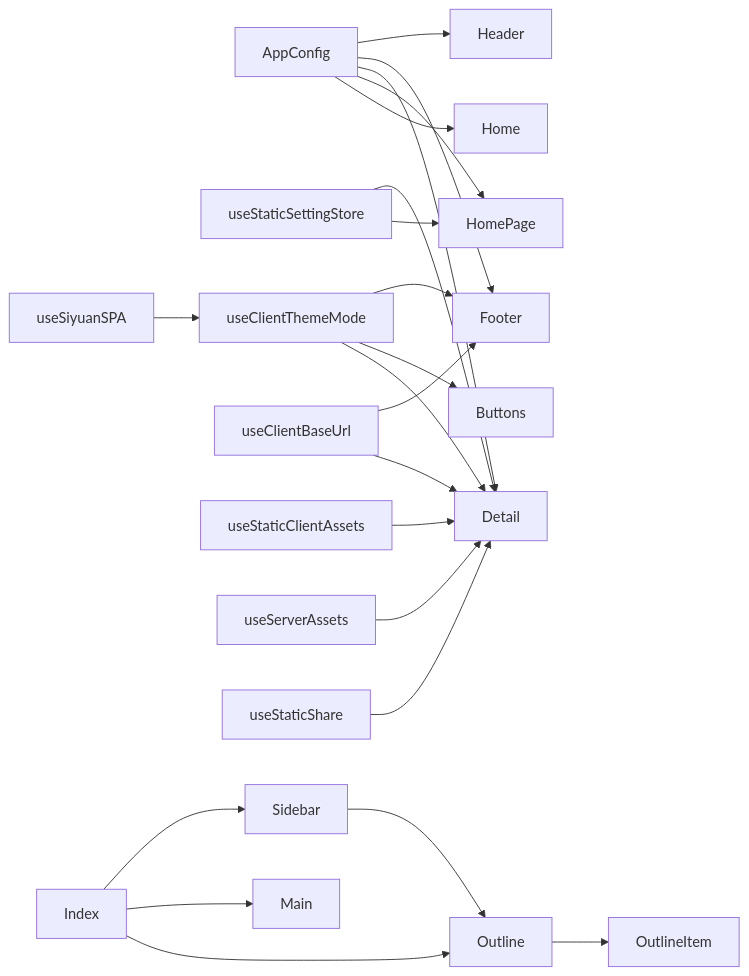
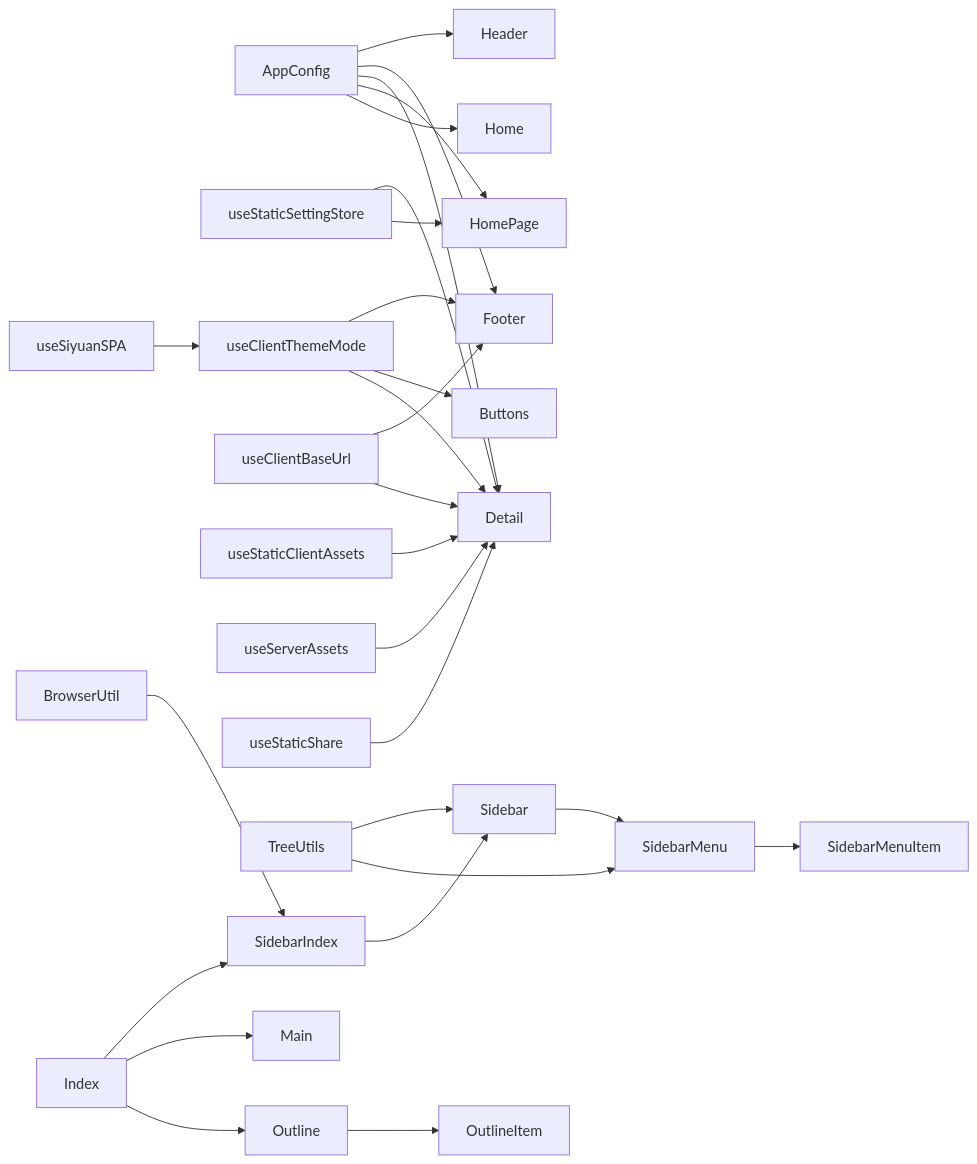
One commit to terwer/siyuan-plugin-blog changed the fourth of 4 diagrams in .qoder/repowiki/zh/content/核心功能/UI 组件系统/静态组件.md. Above: the diagram before and after it, drawn with Mermaid. The commit also changed other lines of this file and 31 other files, not shown here.

````diff
--- a/.qoder/repowiki/zh/content/核心功能/UI 组件系统/静态组件.md
+++ b/.qoder/repowiki/zh/content/核心功能/UI 组件系统/静态组件.md
@@ -510,24 +660,29 @@
 ```mermaid
 graph LR
 AppConfig["AppConfig"] --> Header
 AppConfig --> Footer
 AppConfig --> Detail
 AppConfig --> HomePage
 AppConfig --> Home
 Store["useStaticSettingStore"] --> Detail
 Store --> HomePage
 Theme["useClientThemeMode"] --> Footer
 Theme --> Buttons
 Theme --> Detail
 Base["useClientBaseUrl"] --> Footer
 Base --> Detail
 ClientAssets["useStaticClientAssets"] --> Detail
 ServerAssets["useServerAssets"] --> Detail
 SiyuanSPA["useSiyuanSPA"] --> Theme
 Share["useStaticShare"] --> Detail
-Sidebar --> Outline
+Tree["TreeUtils"] --> Sidebar
+Tree --> SidebarMenu
+Browser["BrowserUtil"] --> SidebarIndex
+Sidebar --> SidebarMenu
+SidebarMenu --> SidebarMenuItem
+SidebarIndex --> Sidebar
 Outline --> OutlineItem
-Index --> Sidebar
+Index --> SidebarIndex
 Index --> Main
 Index --> Outline
 ```
````
